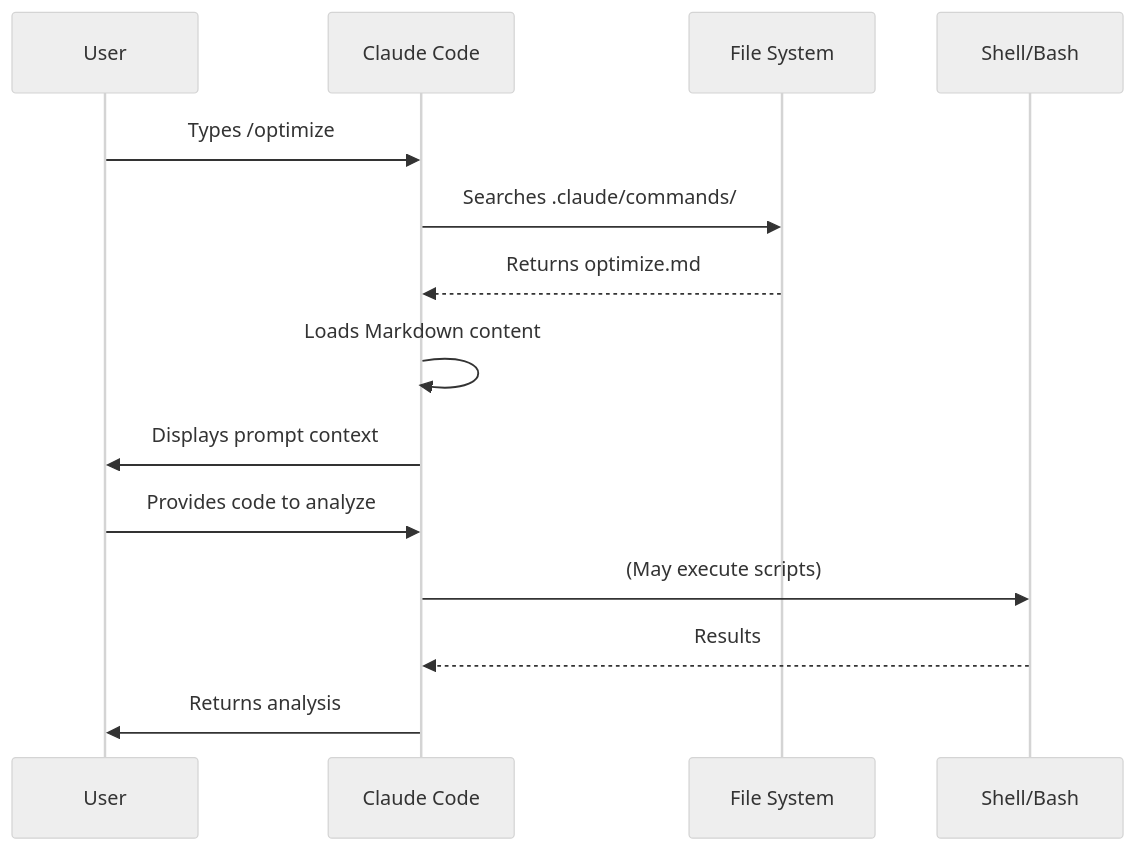
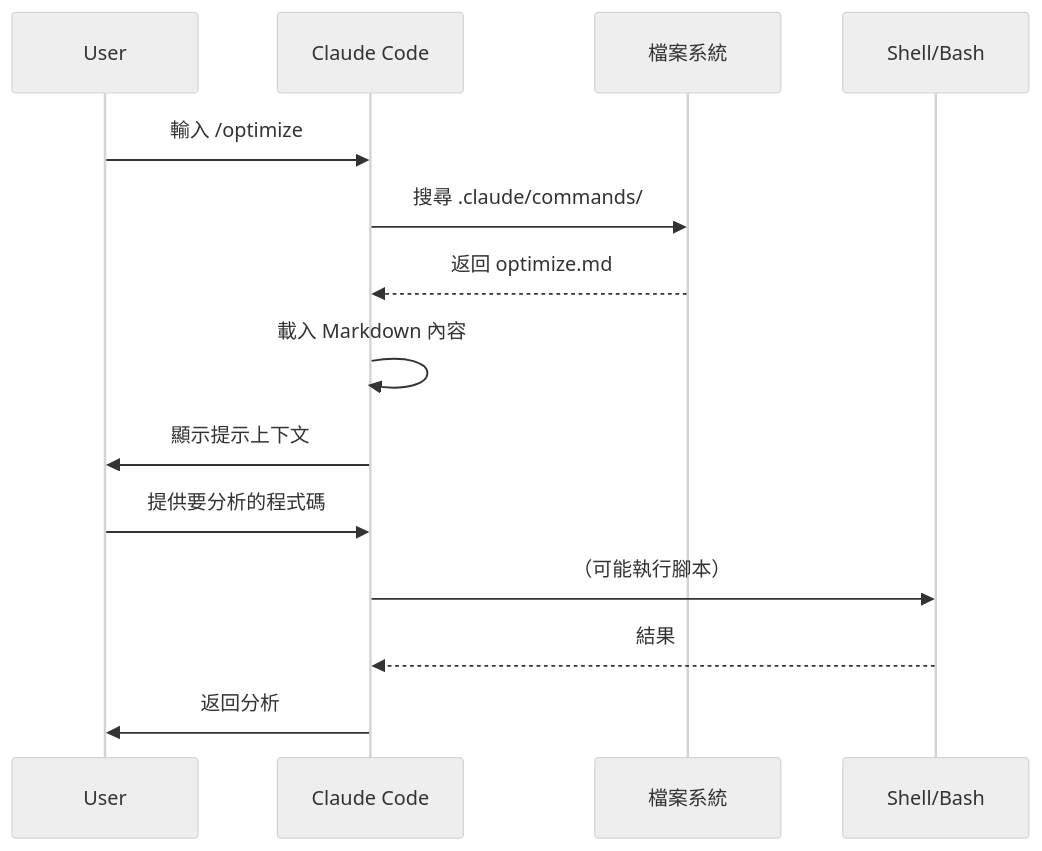
The third of 31 diagrams in claude_concepts_guide.md (huckly/claude-howto-zh-tw), drawn with Mermaid (neutral theme) before and after one commit. The commit also changed other lines of this file and 12 other files, not shown here.

````diff
--- a/claude_concepts_guide.md
+++ b/claude_concepts_guide.md
@@ -183,17 +183,17 @@
 ```mermaid
 sequenceDiagram
     participant User
     participant Claude as Claude Code
-    participant FS as File System
+    participant FS as 檔案系統
     participant CLI as Shell/Bash
 
-    User->>Claude: Types /optimize
-    Claude->>FS: Searches .claude/commands/
-    FS-->>Claude: Returns optimize.md
-    Claude->>Claude: Loads Markdown content
-    Claude->>User: Displays prompt context
-    User->>Claude: Provides code to analyze
-    Claude->>CLI: (May execute scripts)
-    CLI-->>Claude: Results
-    Claude->>User: Returns analysis
+    User->>Claude: 輸入 /optimize
+    Claude->>FS: 搜尋 .claude/commands/
+    FS-->>Claude: 返回 optimize.md
+    Claude->>Claude: 載入 Markdown 內容
+    Claude->>User: 顯示提示上下文
+    User->>Claude: 提供要分析的程式碼
+    Claude->>CLI: （可能執行腳本）
+    CLI-->>Claude: 結果
+    Claude->>User: 返回分析
 ```
````
